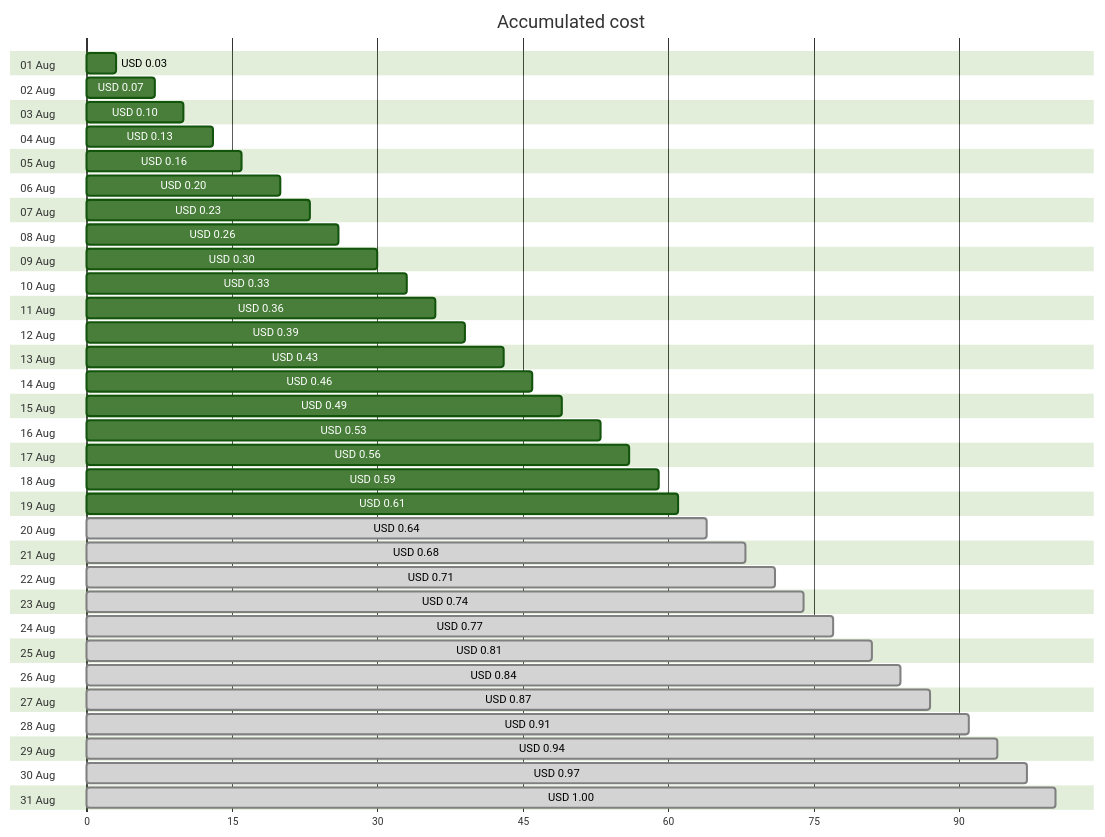
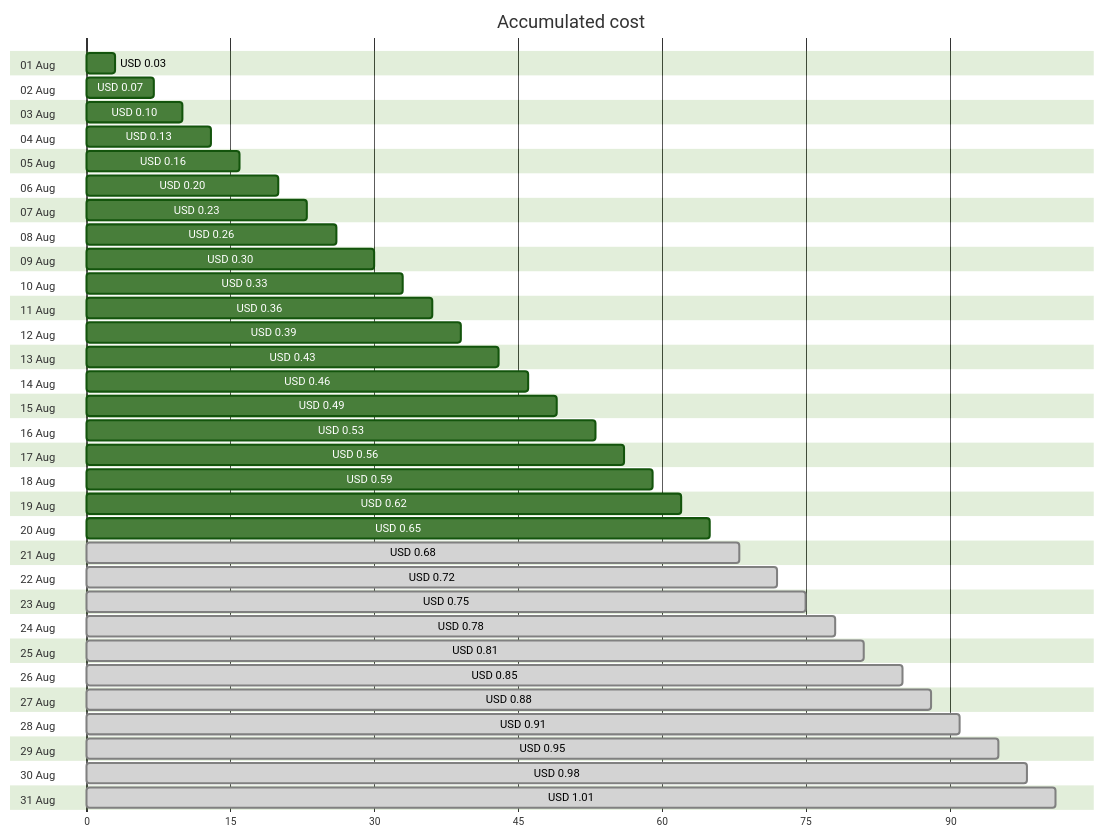
Before and after one commit to jpfulton/azure-personal-reports: the first of 4 diagrams in cost-reports/personal-dns/README.md, drawn with Mermaid (forest theme). The commit also changed other lines of this file and 2 other files, not shown here.

Commit message:
Generated reports [skip ci]

````diff
--- a/cost-reports/personal-dns/README.md
+++ b/cost-reports/personal-dns/README.md
@@ -20,68 +20,68 @@
 ```mermaid
 gantt
    title Accumulated cost
    dateFormat  X
    axisFormat %s
    section 01 Aug
    USD 0.03 :0, 3
    section 02 Aug
    USD 0.07 :0, 7
    section 03 Aug
    USD 0.10 :0, 10
    section 04 Aug
    USD 0.13 :0, 13
    section 05 Aug
    USD 0.16 :0, 16
    section 06 Aug
    USD 0.20 :0, 20
    section 07 Aug
    USD 0.23 :0, 23
    section 08 Aug
    USD 0.26 :0, 26
    section 09 Aug
    USD 0.30 :0, 30
    section 10 Aug
    USD 0.33 :0, 33
    section 11 Aug
    USD 0.36 :0, 36
    section 12 Aug
    USD 0.39 :0, 39
    section 13 Aug
    USD 0.43 :0, 43
    section 14 Aug
    USD 0.46 :0, 46
    section 15 Aug
    USD 0.49 :0, 49
    section 16 Aug
    USD 0.53 :0, 53
    section 17 Aug
    USD 0.56 :0, 56
    section 18 Aug
    USD 0.59 :0, 59
    section 19 Aug
-   USD 0.61 :0, 61
+   USD 0.62 :0, 62
    section 20 Aug
-   USD 0.64 : done, 0, 64
+   USD 0.65 :0, 65
    section 21 Aug
    USD 0.68 : done, 0, 68
    section 22 Aug
-   USD 0.71 : done, 0, 71
+   USD 0.72 : done, 0, 72
    section 23 Aug
-   USD 0.74 : done, 0, 74
+   USD 0.75 : done, 0, 75
    section 24 Aug
-   USD 0.77 : done, 0, 77
+   USD 0.78 : done, 0, 78
    section 25 Aug
    USD 0.81 : done, 0, 81
    section 26 Aug
-   USD 0.84 : done, 0, 84
+   USD 0.85 : done, 0, 85
    section 27 Aug
-   USD 0.87 : done, 0, 87
+   USD 0.88 : done, 0, 88
    section 28 Aug
    USD 0.91 : done, 0, 91
    section 29 Aug
-   USD 0.94 : done, 0, 94
+   USD 0.95 : done, 0, 95
    section 30 Aug
-   USD 0.97 : done, 0, 97
+   USD 0.98 : done, 0, 98
    section 31 Aug
-   USD 1.00 : done, 0, 100
+   USD 1.01 : done, 0, 101
 ```
````
